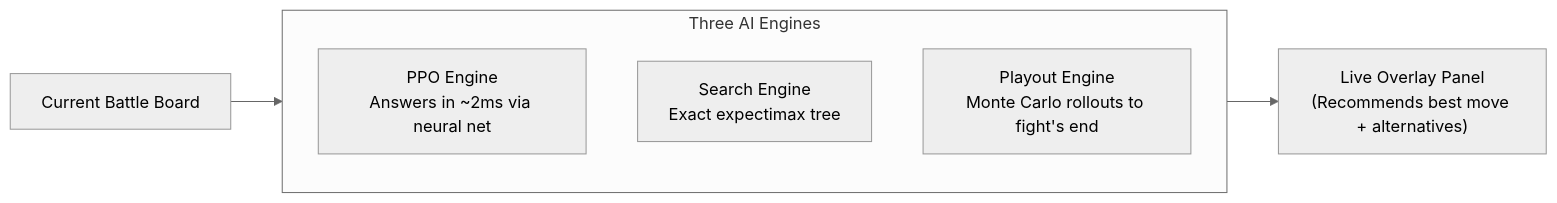
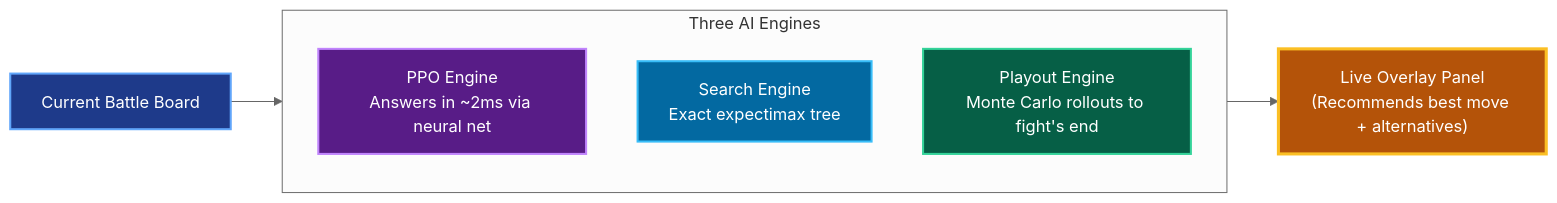
The first of 5 diagrams in README.md (Angle-Brackets/TTRSolver), drawn with Mermaid (neutral theme) before and after one commit. The commit also changed 9 other files, not shown here.

Commit message:
docs: color-code all Mermaid diagrams with distinct visual themes

````diff
--- a/README.md
+++ b/README.md
@@ -40,12 +40,24 @@
 ```mermaid
 flowchart LR
+    classDef boardNode fill:#1e3a8a,stroke:#60a5fa,stroke-width:2px,color:#ffffff
+    classDef ppoNode fill:#581c87,stroke:#c084fc,stroke-width:2px,color:#ffffff
+    classDef expNode fill:#0369a1,stroke:#38bdf8,stroke-width:2px,color:#ffffff
+    classDef plyNode fill:#065f46,stroke:#34d399,stroke-width:2px,color:#ffffff
+    classDef panelNode fill:#b45309,stroke:#fbbf24,stroke-width:3px,color:#ffffff
+
     subgraph Engines["Three AI Engines"]
         direction TB
         PPO["PPO Engine<br/>Answers in ~2ms via neural net"]
         EXP["Search Engine<br/>Exact expectimax tree"]
         PLY["Playout Engine<br/>Monte Carlo rollouts to fight's end"]
     end
 
     Board["Current Battle Board"] --> Engines
     Engines --> Panel["Live Overlay Panel<br/>(Recommends best move + alternatives)"]
+
+    class Board boardNode
+    class PPO ppoNode
+    class EXP expNode
+    class PLY plyNode
+    class Panel panelNode
 ```
````
